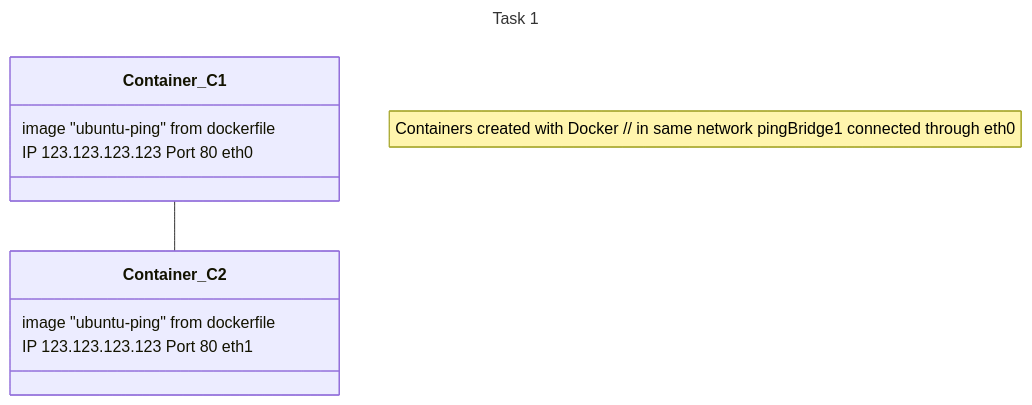
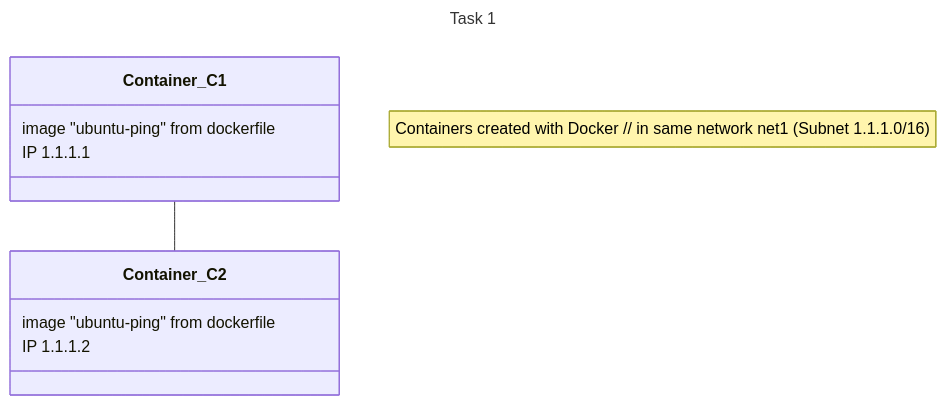
One commit to cakossowski/Ipo-Tasks changed the diagram in Task-1/README.md. Above: the diagram before and after it, drawn with Mermaid.

````diff
--- a/Task-1/README.md
+++ b/Task-1/README.md
@@ -8,15 +8,15 @@
 ```mermaid
 ---
 title: Task 1
 ---
 classDiagram
-    note "Containers created with Docker // in same network pingBridge1 connected through eth0"
+    note "Containers created with Docker // in same network net1 (Subnet 1.1.1.0/16)"
     Container_C1 -- Container_C2
     Container_C1 : image "ubuntu-ping" from dockerfile
-    Container_C1 : IP 123.123.123.123 Port 80 eth0
+    Container_C1 : IP 1.1.1.1
     Container_C2 : image "ubuntu-ping" from dockerfile
-    Container_C2 : IP 123.123.123.123 Port 80 eth1
+    Container_C2 : IP 1.1.1.2
 
 
 
 ```
````
